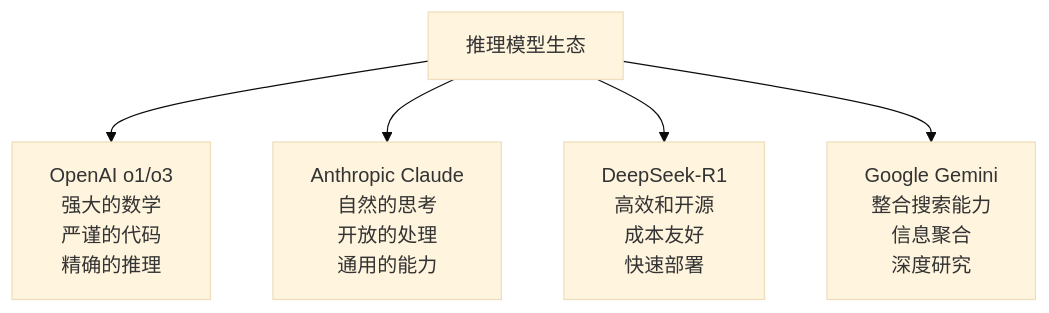
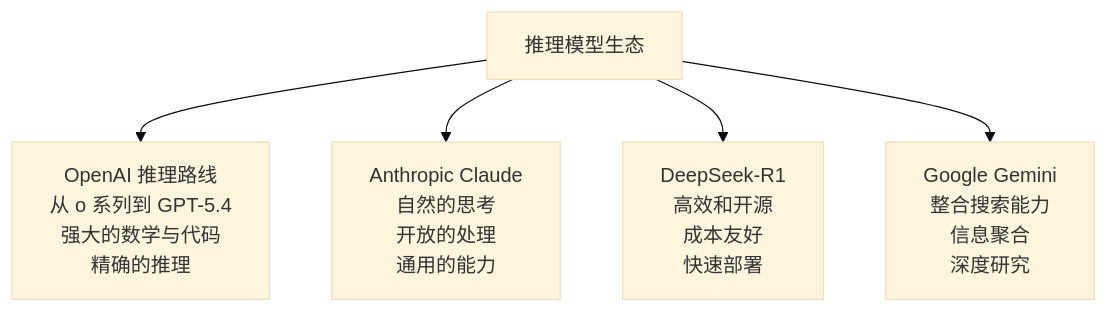
One commit to changsongyang/ai_beginner_guide changed the first of 9 diagrams in 07_reasoning_models/7.4_major_reasoning_models.md. Above: the diagram before and after it, drawn with Mermaid (base theme). The commit also changed other lines of this file and 4 other files, not shown here.

````diff
--- a/07_reasoning_models/7.4_major_reasoning_models.md
+++ b/07_reasoning_models/7.4_major_reasoning_models.md
@@ -9,14 +9,14 @@
 ```mermaid
 graph TD
-    A["OpenAI o1/o3<br/>强大的数学<br/>严谨的代码<br/>精确的推理"]
+    A["OpenAI 推理路线<br/>从 o 系列到 GPT-5.4<br/>强大的数学与代码<br/>精确的推理"]
     B["Anthropic Claude<br/>自然的思考<br/>开放的处理<br/>通用的能力"]
     C["DeepSeek-R1<br/>高效和开源<br/>成本友好<br/>快速部署"]
     D["Google Gemini<br/>整合搜索能力<br/>信息聚合<br/>深度研究"]
 
     E["推理模型生态"]
 
     E --> A
     E --> B
     E --> C
     E --> D
 ```
````
